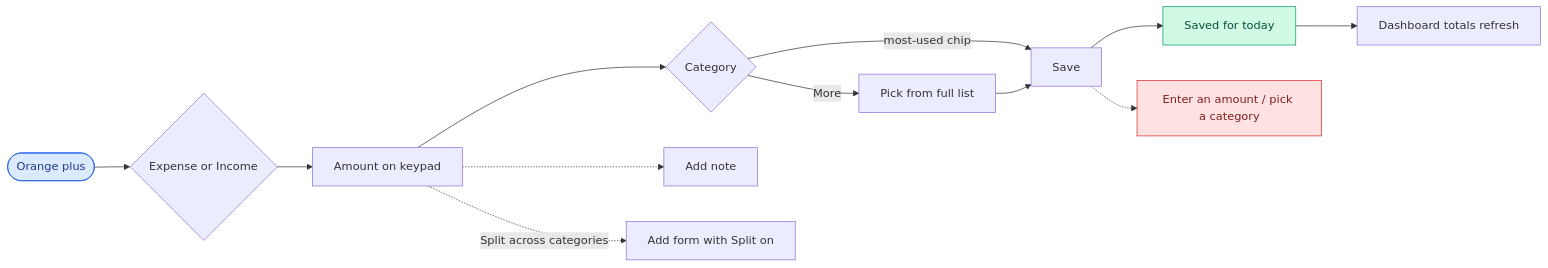
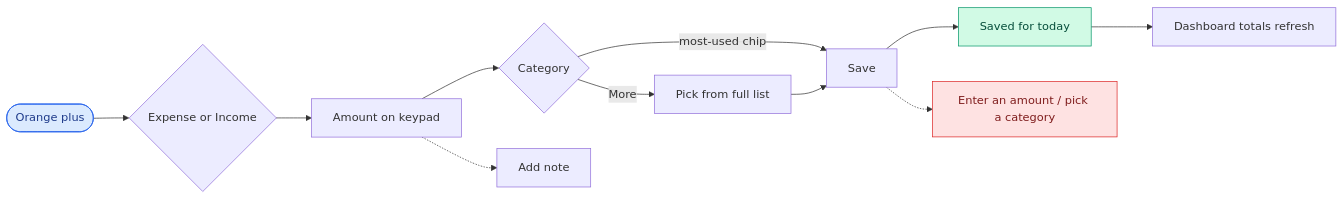
One commit to rangnenwars/myBudgetApp changed the ninth of 26 diagrams in docs/USER_WORKFLOWS.md. Above: the diagram before and after it, drawn with Mermaid. The commit also changed other lines of this file and 66 other files, not shown here.

First line of the commit message:
Add per-user feature access, one monthly budget, simpler People flows

````diff
--- a/docs/USER_WORKFLOWS.md
+++ b/docs/USER_WORKFLOWS.md
@@ -201,16 +201,15 @@
 ```mermaid
 flowchart LR
   A(["Orange plus"]):::entry --> B{"Expense or Income"}
   B --> C["Amount on keypad"] --> D{"Category"}
   D -->|"most-used chip"| E["Save"]
   D -->|More| F["Pick from full list"] --> E
   E --> G["Saved for today"]:::ok --> H["Dashboard totals refresh"]
   C -.-> N["Add note"]
-  C -.->|"Split across categories"| S["Add form with Split on"]
   E -.-> X["Enter an amount / pick a category"]:::bad
   classDef entry fill:#dbeafe,stroke:#2563eb,color:#1e3a8a
   classDef ok fill:#d1fae5,stroke:#059669,color:#064e3b
   classDef bad fill:#fee2e2,stroke:#dc2626,color:#7f1d1d
   classDef pro fill:#ede9fe,stroke:#7c3aed,color:#4c1d95
   classDef warn fill:#fef3c7,stroke:#d97706,color:#78350f
 ```
````
